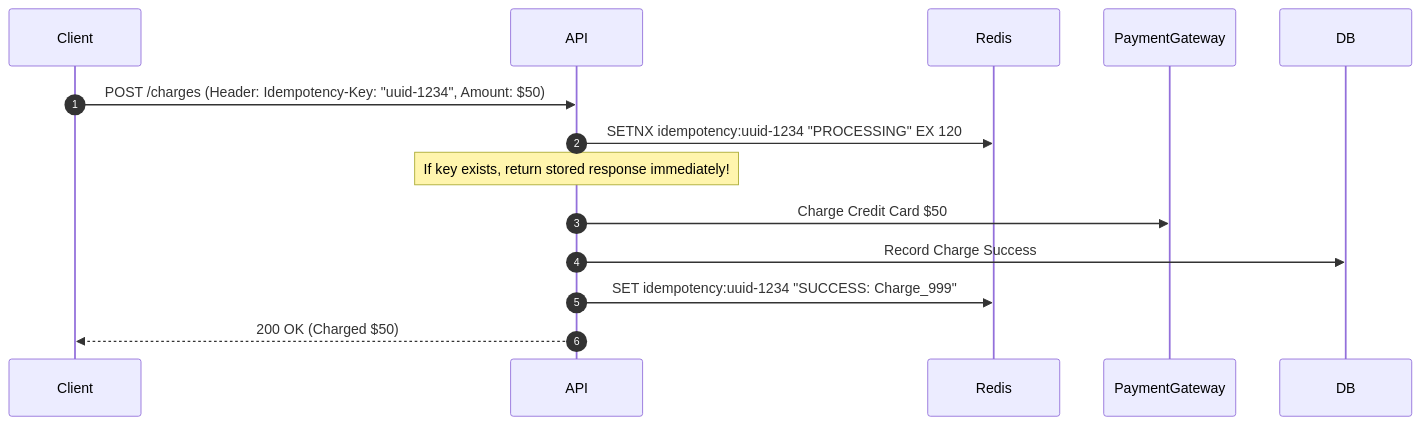
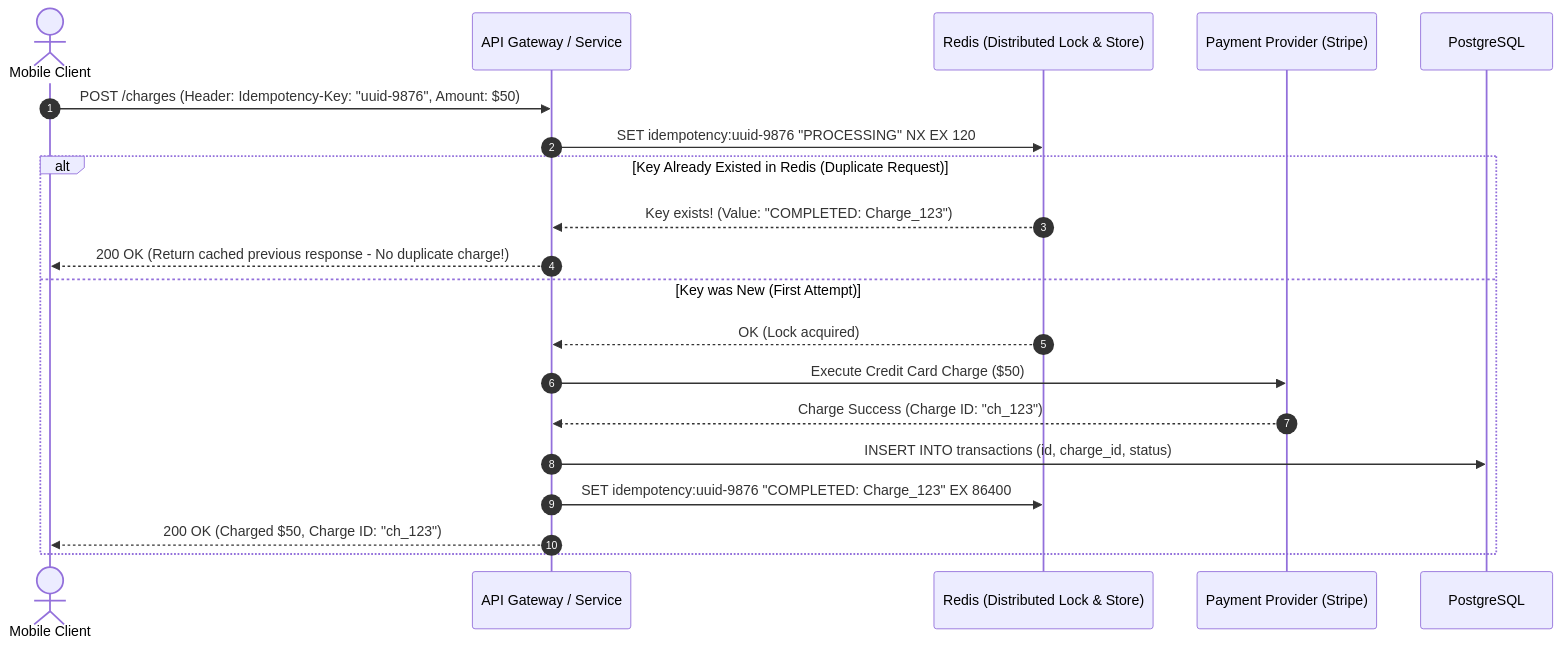
Before and after one commit to rohithgowda18/Notes: the eighth of 9 diagrams in 07-Backend-Engineering/Error Handling and Building Fault Tolerant Systems.md, drawn with Mermaid. The commit also changed other lines of this file, not shown here.

Commit message:
docs(backend): enrich error handling & fault-tolerant systems with deep architecture, code snippets, and placement Q&A

````diff
--- a/07-Backend-Engineering/Error Handling and Building Fault Tolerant Systems.md
+++ b/07-Backend-Engineering/Error Handling and Building Fault Tolerant Systems.md
@@ -125,11 +382,24 @@
 ```mermaid
 sequenceDiagram
     autonumber
-    Client->>API: POST /charges (Header: Idempotency-Key: "uuid-1234", Amount: $50)
-    API->>Redis: SETNX idempotency:uuid-1234 "PROCESSING" EX 120
-    Note over API: If key exists, return stored response immediately!
-    API->>PaymentGateway: Charge Credit Card $50
-    API->>DB: Record Charge Success
-    API->>Redis: SET idempotency:uuid-1234 "SUCCESS: Charge_999"
-    API-->>Client: 200 OK (Charged $50)
+    actor Client as Mobile Client
+    participant API as API Gateway / Service
+    participant Redis as Redis (Distributed Lock & Store)
+    participant PG as Payment Provider (Stripe)
+    participant DB as PostgreSQL
+
+    Client->>API: POST /charges (Header: Idempotency-Key: "uuid-9876", Amount: $50)
+    
+    API->>Redis: SET idempotency:uuid-9876 "PROCESSING" NX EX 120
+    alt Key Already Existed in Redis (Duplicate Request)
+        Redis-->>API: Key exists! (Value: "COMPLETED: Charge_123")
+        API-->>Client: 200 OK (Return cached previous response - No duplicate charge!)
+    else Key was New (First Attempt)
+        Redis-->>API: OK (Lock acquired)
+        API->>PG: Execute Credit Card Charge ($50)
+        PG-->>API: Charge Success (Charge ID: "ch_123")
+        API->>DB: INSERT INTO transactions (id, charge_id, status)
+        API->>Redis: SET idempotency:uuid-9876 "COMPLETED: Charge_123" EX 86400
+        API-->>Client: 200 OK (Charged $50, Charge ID: "ch_123")
+    end
 ```
````
